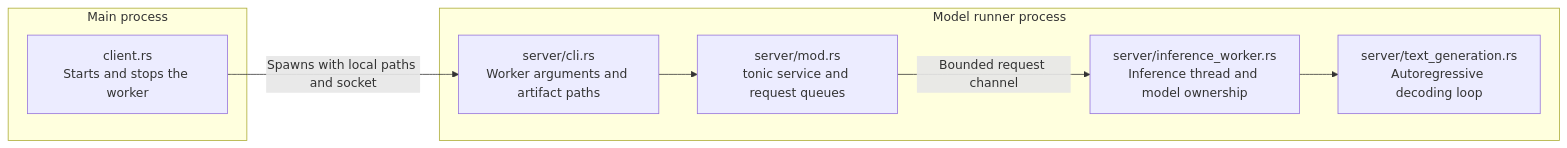
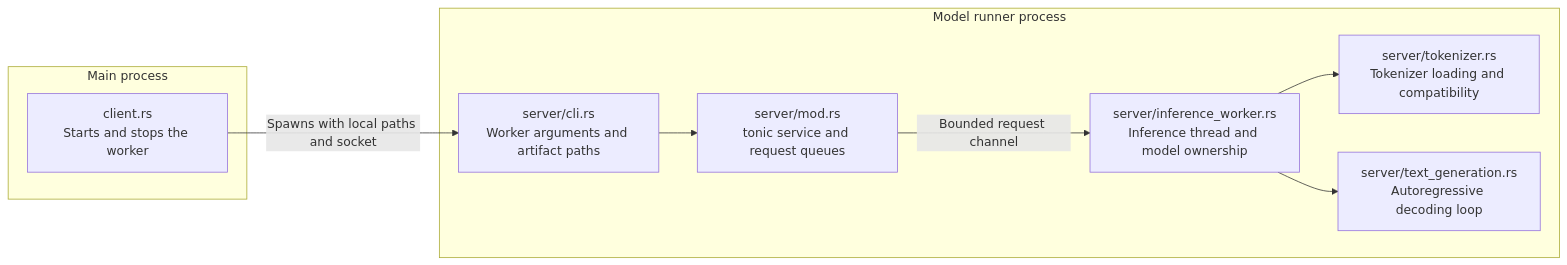
One commit to lun0522/mini-vllm-rs changed the first of 2 diagrams in src/model_runner/README.md. Above: the diagram before and after it, drawn with Mermaid. The commit also changed other lines of this file and 11 other files, not shown here.

````diff
--- a/src/model_runner/README.md
+++ b/src/model_runner/README.md
@@ -6,18 +6,20 @@
 ```mermaid
 flowchart LR
     subgraph Main[Main process]
         Client["client.rs<br/>Starts and stops the worker"]
     end
 
     subgraph Worker[Model runner process]
         Server["server/mod.rs<br/>tonic service and request queues"]
         Cli["server/cli.rs<br/>Worker arguments and artifact paths"]
+        Tokenizer["server/tokenizer.rs<br/>Tokenizer loading and compatibility"]
         InferenceWorker["server/inference_worker.rs<br/>Inference thread and model ownership"]
         TextGeneration["server/text_generation.rs<br/>Autoregressive decoding loop"]
     end
 
     Client -->|"Spawns with local paths and socket"| Cli
     Cli --> Server
+    InferenceWorker --> Tokenizer
     Server -->|"Bounded request channel"| InferenceWorker
     InferenceWorker --> TextGeneration
 ```
````
